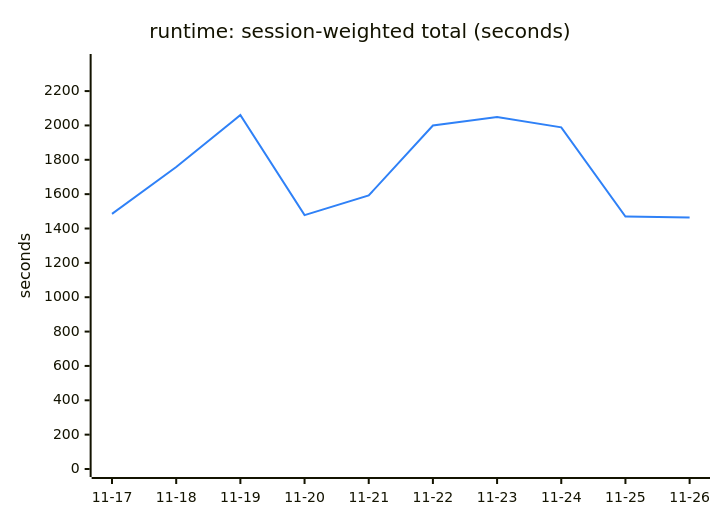
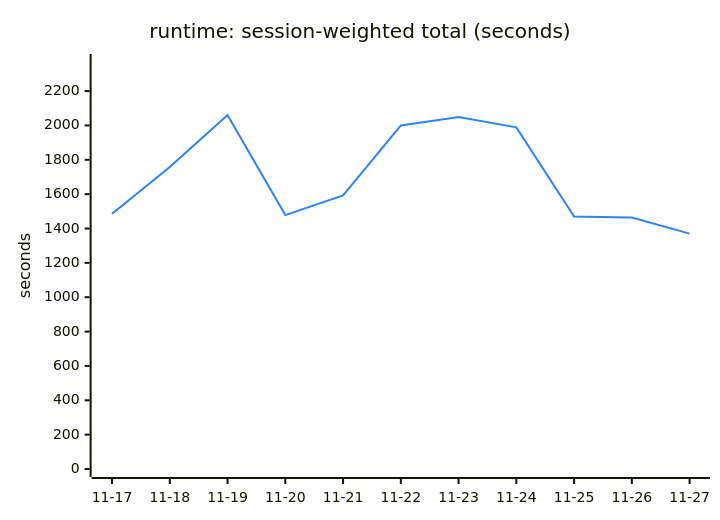
Before and after one commit to Ricovl/mxcli: the sixth of 6 diagrams in TREND.md, drawn with Mermaid. The commit also changed other lines of this file and 2 other files, not shown here.

````diff
--- a/TREND.md
+++ b/TREND.md
@@ -137,13 +137,13 @@
 ```mermaid
 ---
 config:
   themeVariables:
     xyChart:
       plotColorPalette: "#2f81f7"
 ---
 xychart-beta
     title "runtime: session-weighted total (seconds)"
-    x-axis ["11-17", "11-18", "11-19", "11-20", "11-21", "11-22", "11-23", "11-24", "11-25", "11-26"]
+    x-axis ["11-17", "11-18", "11-19", "11-20", "11-21", "11-22", "11-23", "11-24", "11-25", "11-26", "11-27"]
     y-axis "seconds" 0 --> 2369.30
-    line [1485.35, 1758.30, 2060.26, 1478.08, 1592.45, 1999.87, 2048.73, 1988.73, 1469.82, 1463.94]
+    line [1485.35, 1758.30, 2060.26, 1478.08, 1592.45, 1999.87, 2048.73, 1988.73, 1469.82, 1463.94, 1370.30]
 ```
````
